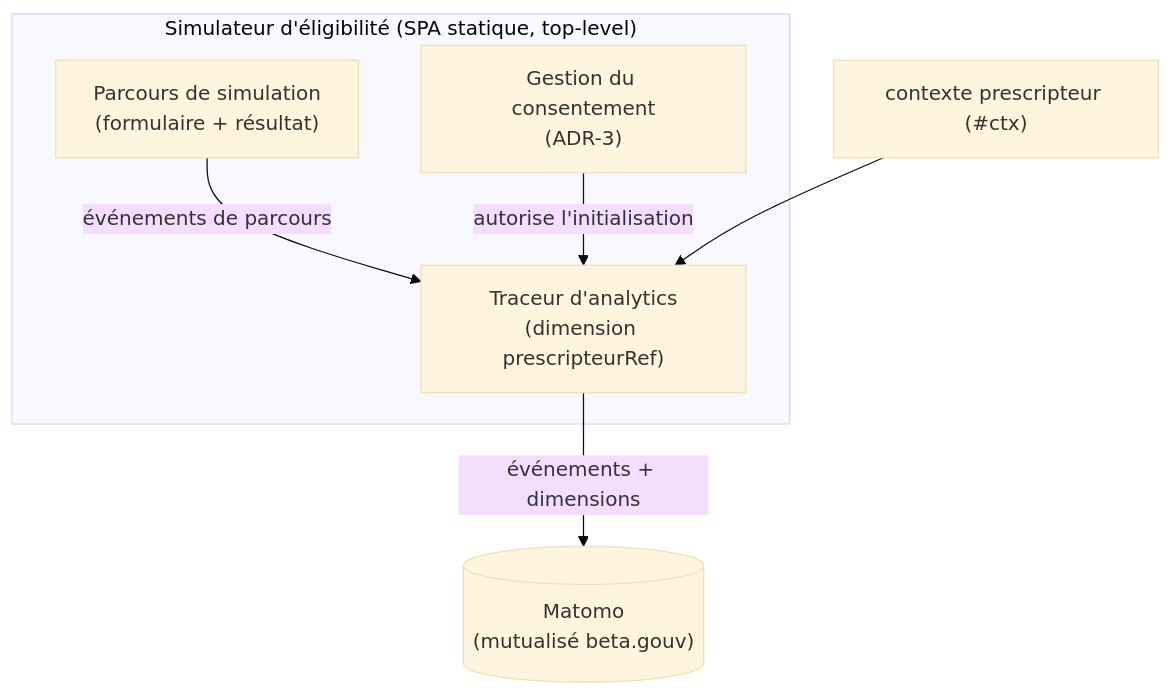
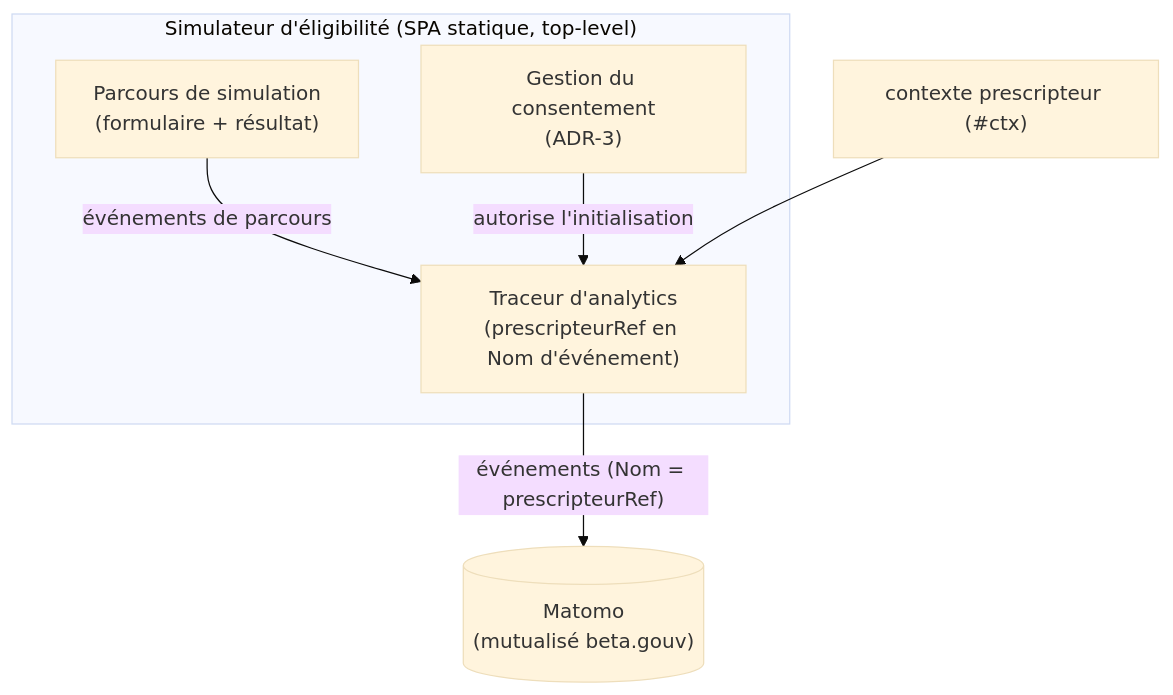
One commit to betagouv/transports-sanitaires changed the diagram in docs/architecture/analytics.md. Above: the diagram before and after it, drawn with Mermaid (base theme). The commit also changed other lines of this file and 5 other files, not shown here.

First line of the commit message:
feat(simulateur): traceur Matomo (funnel événementiel pseudonymisé)

````diff
--- a/docs/architecture/analytics.md
+++ b/docs/architecture/analytics.md
@@ -74,14 +77,14 @@
 ```mermaid
 flowchart TB
     subgraph simu["Simulateur d'éligibilité (SPA statique, top-level)"]
         parcours["Parcours de simulation<br/>(formulaire + résultat)"]
         consent["Gestion du consentement<br/>(ADR-3)"]
-        traceur["Traceur d'analytics<br/>(dimension prescripteurRef)"]
+        traceur["Traceur d'analytics<br/>(prescripteurRef en Nom d'événement)"]
         parcours -->|"événements de parcours"| traceur
         consent -->|"autorise l'initialisation"| traceur
     end
     matomo[("Matomo<br/>(mutualisé beta.gouv)")]
 
     ctx["contexte prescripteur (#ctx)"] --> traceur
-    traceur -->|"événements + dimensions"| matomo
+    traceur -->|"événements (Nom = prescripteurRef)"| matomo
 ```
````
